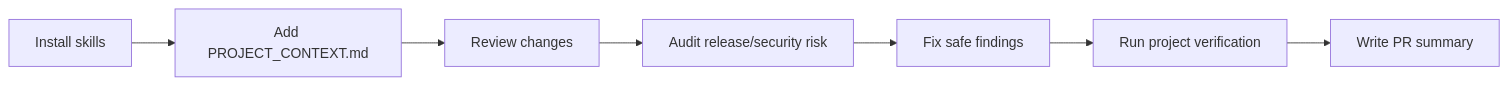
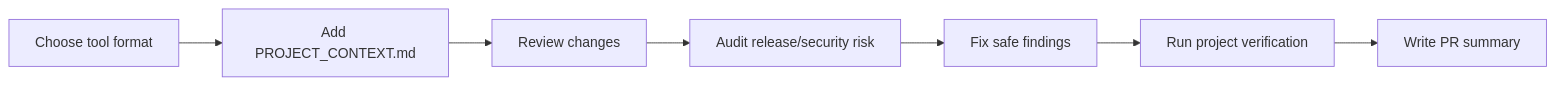
Before and after one commit to SUDARSHANCHAUDHARI/AICodeReview: the diagram in README.md, drawn with Mermaid. The commit also changed other lines of this file and 30 other files, not shown here.

````diff
--- a/README.md
+++ b/README.md
@@ -90,9 +151,9 @@
 ```mermaid
 flowchart LR
-    A["Install skills"] --> B["Add PROJECT_CONTEXT.md"]
+    A["Choose tool format"] --> B["Add PROJECT_CONTEXT.md"]
     B --> C["Review changes"]
     C --> D["Audit release/security risk"]
     D --> E["Fix safe findings"]
     E --> F["Run project verification"]
     F --> G["Write PR summary"]
 ```
````
